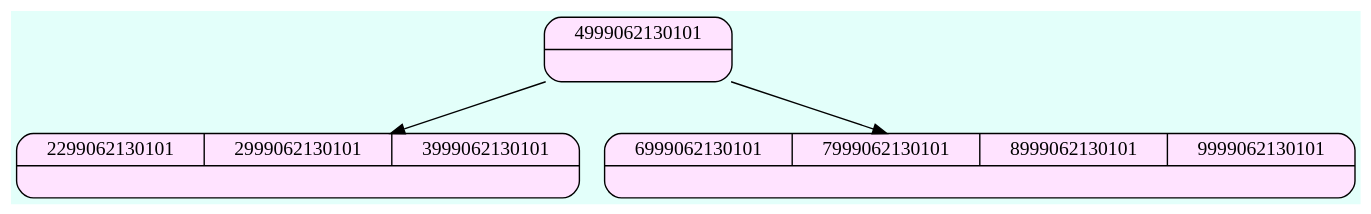
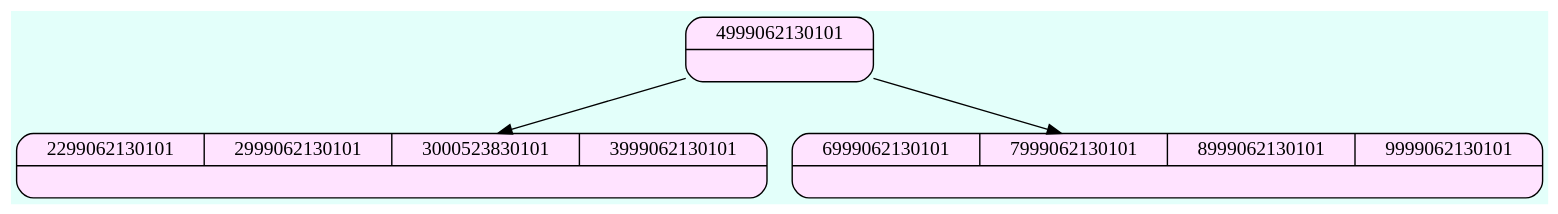
Before and after one commit to Serch-ING/EDD_UDRAWING_202000119: the diagram in FASE 2/Grafico/Admin_Btree_Clients.dot, drawn with Graphviz. The commit also changed 23 other files, not shown here.

```diff
--- a/FASE 2/Grafico/Admin_Btree_Clients.dot
+++ b/FASE 2/Grafico/Admin_Btree_Clients.dot
@@ -1,10 +1,10 @@
 digraph structs {
   bgcolor = "#E3FFFA"
  node [shape=Mrecord fillcolor="#FFE3FF" style =filled];
-struct481199264[label="{{4999062130101}|<here>}"];
-struct77305773[label="{{2299062130101| 2999062130101| 3999062130101}|<here>}"];
-struct994847838[label="{{6999062130101| 7999062130101| 8999062130101| 9999062130101}|<here>}"];
+struct886392987[label="{{4999062130101}|<here>}"];
+struct1255104929[label="{{2299062130101| 2999062130101| 3000523830101| 3999062130101}|<here>}"];
+struct1674410224[label="{{6999062130101| 7999062130101| 8999062130101| 9999062130101}|<here>}"];
 
-struct481199264->struct77305773;
-struct481199264->struct994847838;
+struct886392987->struct1255104929;
+struct886392987->struct1674410224;
 }
```
